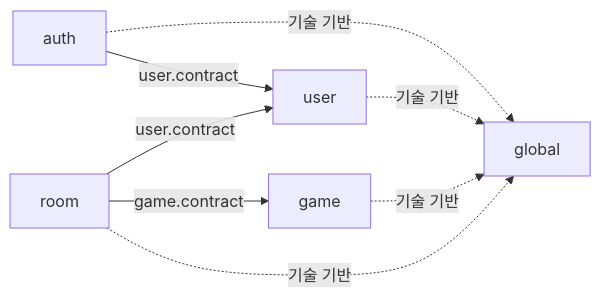
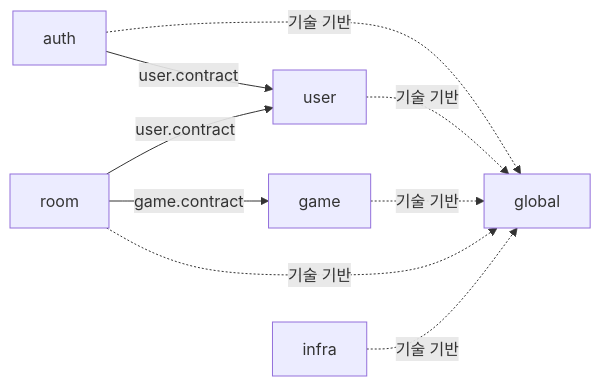
Before and after one commit to bamsongi-club/albam-mate: the first of 3 diagrams in docs/ARCHITECTURE.md, drawn with Mermaid. The commit also changed other lines of this file and 4 other files, not shown here.

````diff
--- a/docs/ARCHITECTURE.md
+++ b/docs/ARCHITECTURE.md
@@ -22,11 +23,12 @@
 ```mermaid
 flowchart LR
     auth["auth"] -->|"user.contract"| user["user"]
     room["room"] -->|"user.contract"| user
     room -->|"game.contract"| game["game"]
 
     auth -.->|"기술 기반"| global["global"]
     user -.->|"기술 기반"| global
     game -.->|"기술 기반"| global
     room -.->|"기술 기반"| global
+    infra["infra"] -.->|"기술 기반"| global
 ```
````
